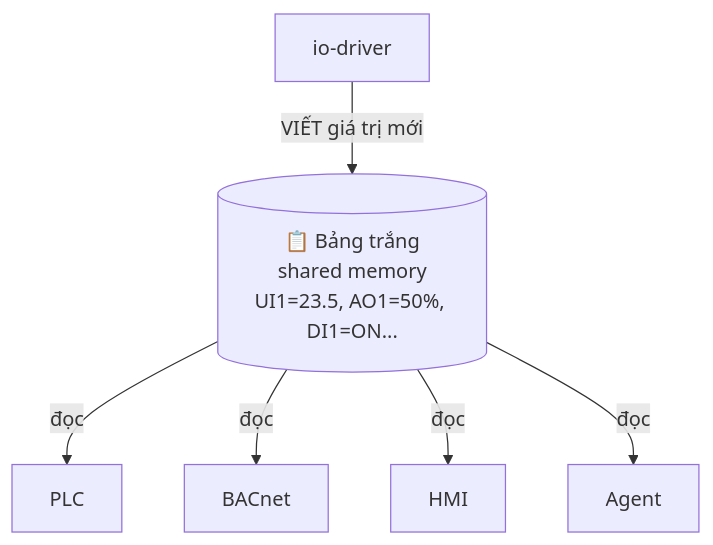
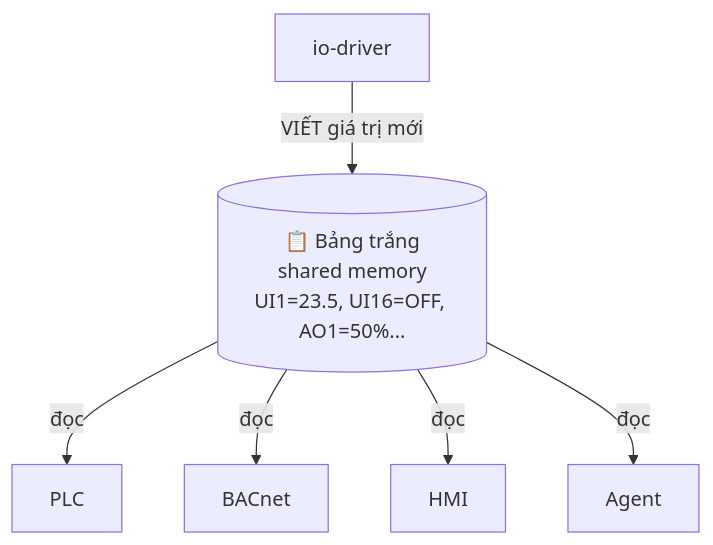
The seventh of 9 diagrams in docs/00_management/KX-DDC24-SYS-ARCH-001_VI.md (haizzdungnay/DDC24), drawn with Mermaid before and after one commit. The commit also changed other lines of this file and 96 other files, not shown here.

````diff
--- a/docs/00_management/KX-DDC24-SYS-ARCH-001_VI.md
+++ b/docs/00_management/KX-DDC24-SYS-ARCH-001_VI.md
@@ -271,8 +274,8 @@
 ```mermaid
 graph TB
-  IOD[io-driver] -->|VIẾT giá trị mới| BOARD[("📋 Bảng trắng<br/>shared memory<br/>UI1=23.5, AO1=50%, DI1=ON...")]
+  IOD[io-driver] -->|VIẾT giá trị mới| BOARD[("📋 Bảng trắng<br/>shared memory<br/>UI1=23.5, UI16=OFF, AO1=50%...")]
   BOARD -->|đọc| PLC[PLC]
   BOARD -->|đọc| BAC[BACnet]
   BOARD -->|đọc| HMI[HMI]
   BOARD -->|đọc| AGENT[Agent]
 ```
````
